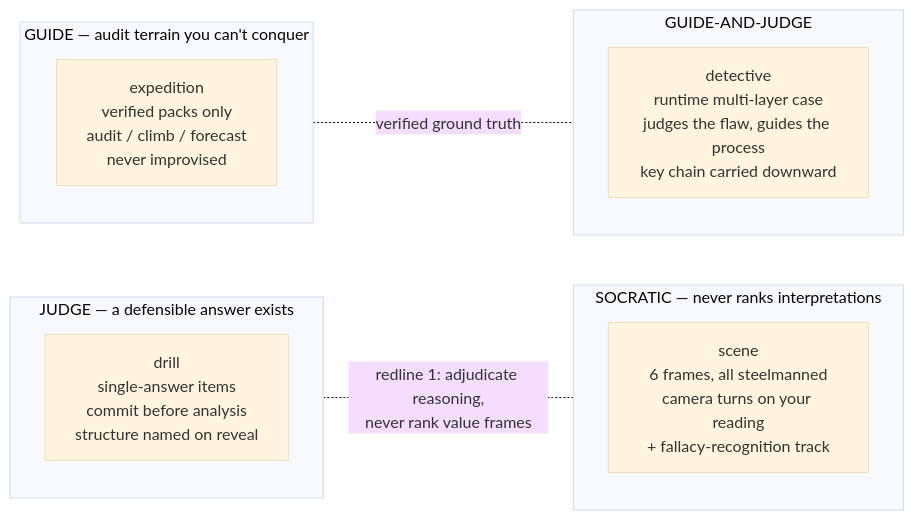
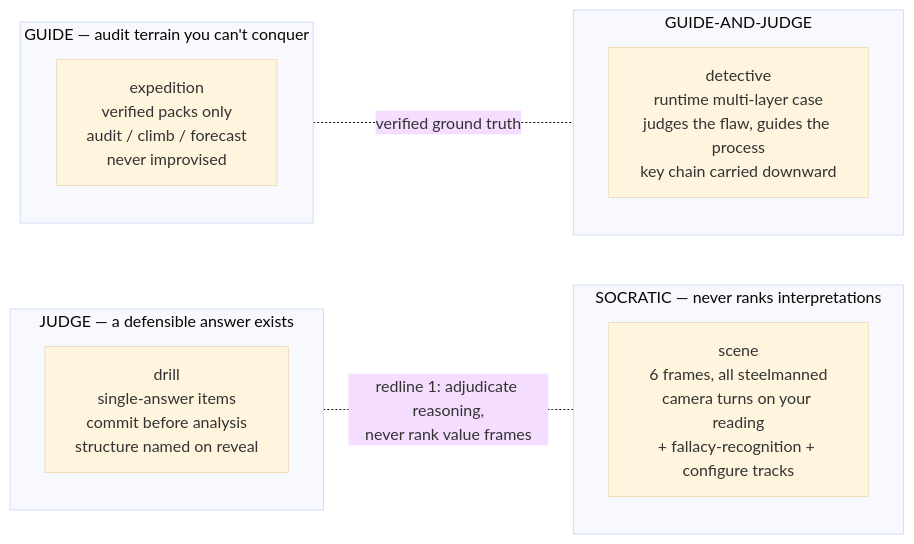
One commit to Imbad0202/critical-thinking-for-humans changed the second of 6 diagrams in docs/ARCHITECTURE.md. Above: the diagram before and after it, drawn with Mermaid (base theme). The commit also changed other lines of this file and 20 other files, not shown here.

````diff
--- a/docs/ARCHITECTURE.md
+++ b/docs/ARCHITECTURE.md
@@ -70,18 +70,18 @@
 ```mermaid
 flowchart LR
     subgraph J["JUDGE — a defensible answer exists"]
         D["drill<br/>single-answer items<br/>commit before analysis<br/>structure named on reveal"]
     end
     subgraph S["SOCRATIC — never ranks interpretations"]
-        SC["scene<br/>6 frames, all steelmanned<br/>camera turns on your reading<br/>+ fallacy-recognition track"]
+        SC["scene<br/>6 frames, all steelmanned<br/>camera turns on your reading<br/>+ fallacy-recognition + configure tracks"]
     end
     subgraph G["GUIDE — audit terrain you can't conquer"]
         E["expedition<br/>verified packs only<br/>audit / climb / forecast<br/>never improvised"]
     end
     subgraph GJ["GUIDE-AND-JUDGE"]
         DT["detective<br/>runtime multi-layer case<br/>judges the flaw, guides the process<br/>key chain carried downward"]
     end
 
     J -. "redline 1: adjudicate reasoning,<br/>never rank value frames" .- S
     G -. "verified ground truth" .- GJ
 ```
````
